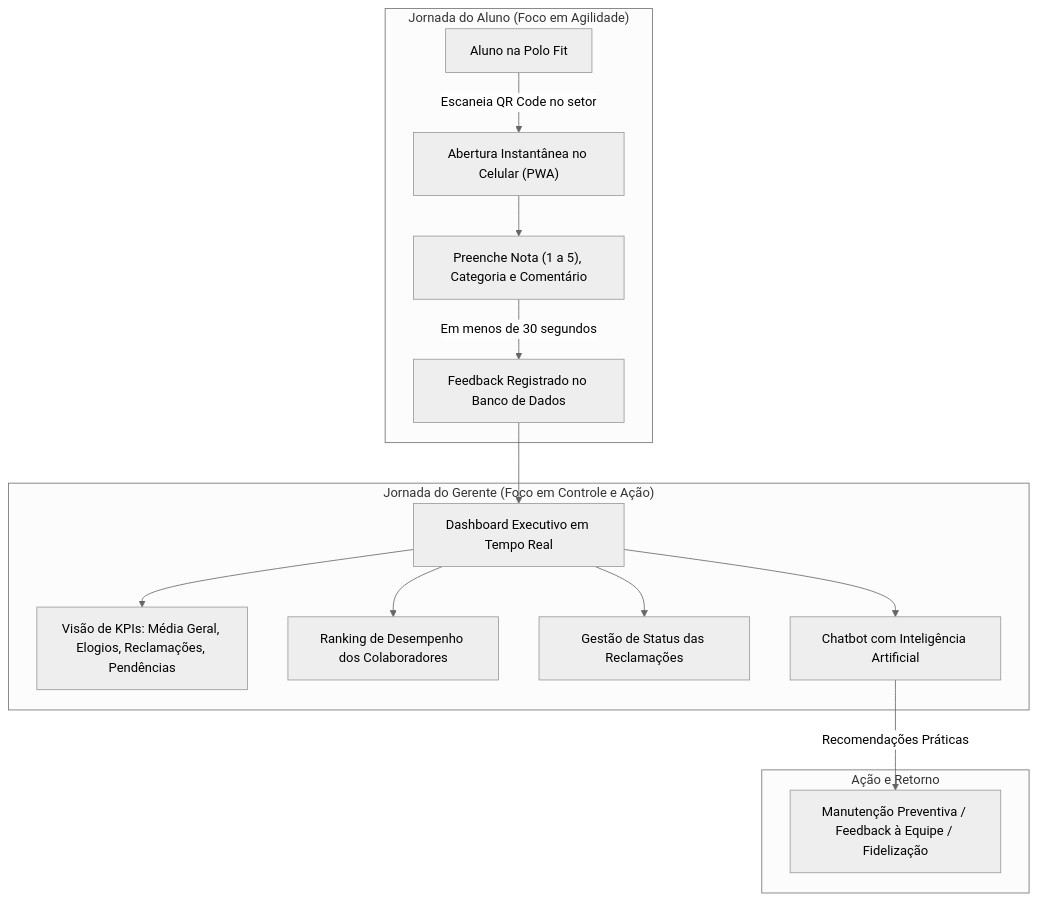
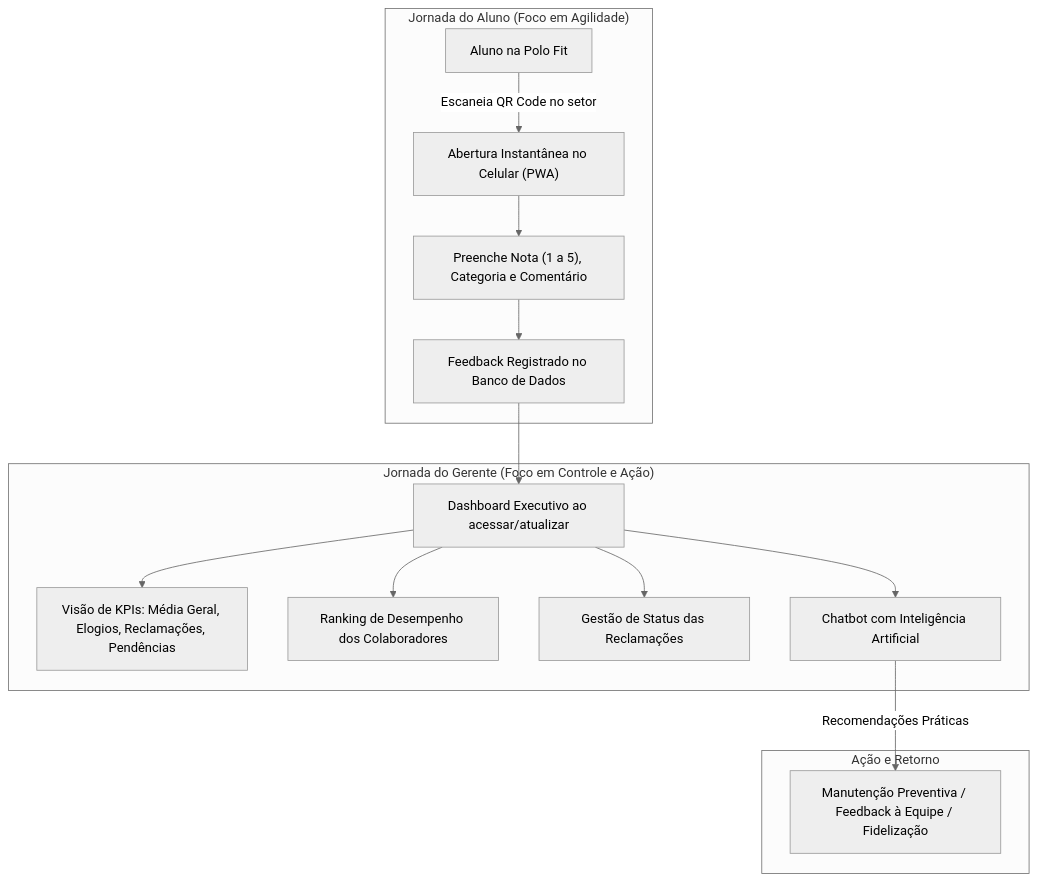
Before and after one commit to Marcosplira/PoloFeedback: the diagram in DOCUMENTACAO-GERENCIAL.md, drawn with Mermaid (neutral theme). The commit also changed other lines of this file and 24 other files, not shown here.

````diff
--- a/DOCUMENTACAO-GERENCIAL.md
+++ b/DOCUMENTACAO-GERENCIAL.md
@@ -23,20 +23,20 @@
 ```mermaid
 flowchart TD
     subgraph JORNADA_DO_ALUNO["Jornada do Aluno (Foco em Agilidade)"]
         A["Aluno na Polo Fit"] -->|Escaneia QR Code no setor| B["Abertura Instantânea no Celular (PWA)"]
         B --> C["Preenche Nota (1 a 5), Categoria e Comentário"]
-        C -->|Em menos de 30 segundos| D["Feedback Registrado no Banco de Dados"]
+        C --> D["Feedback Registrado no Banco de Dados"]
     end
 
     subgraph JORNADA_DO_GERENTE["Jornada do Gerente (Foco em Controle e Ação)"]
-        D --> E["Dashboard Executivo em Tempo Real"]
+        D --> E["Dashboard Executivo ao acessar/atualizar"]
         E --> F["Visão de KPIs: Média Geral, Elogios, Reclamações, Pendências"]
         E --> G["Ranking de Desempenho dos Colaboradores"]
         E --> H["Gestão de Status das Reclamações"]
         E --> I["Chatbot com Inteligência Artificial"]
     end
 
     subgraph DECISAO_E_RESULTADO["Ação e Retorno"]
         I -->|Recomendações Práticas| J["Manutenção Preventiva / Feedback à Equipe / Fidelização"]
     end
 ```
````
